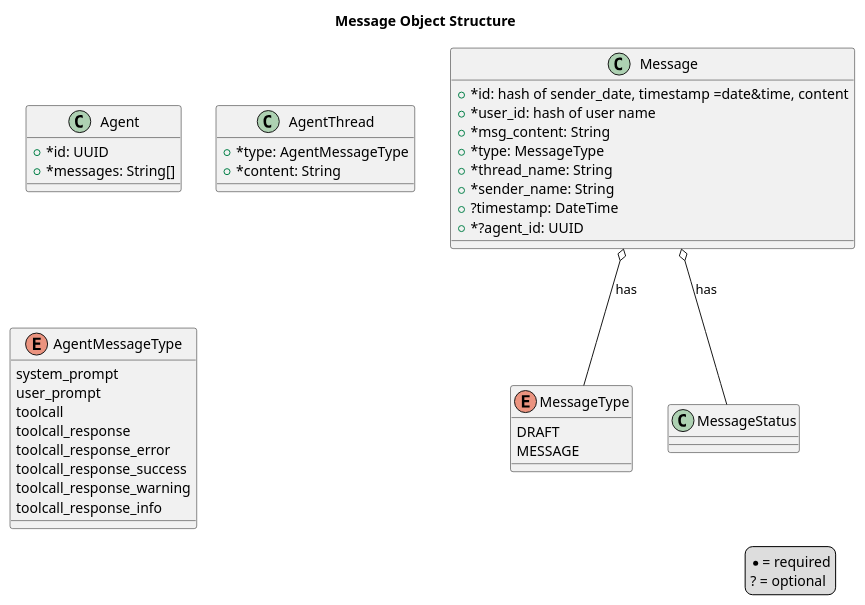
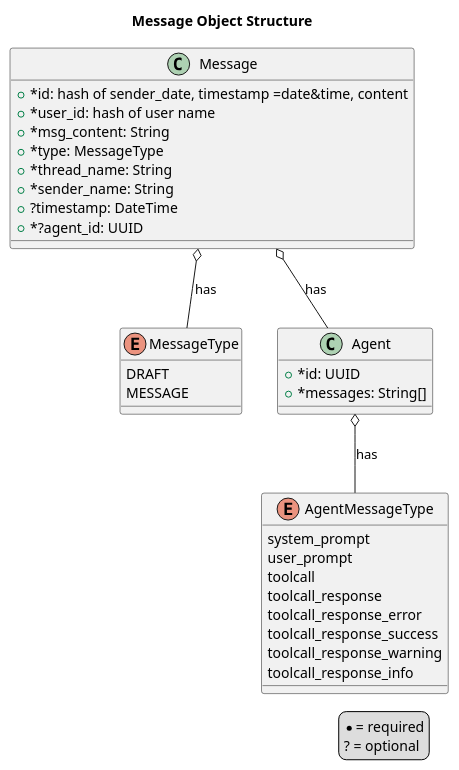
Before and after one commit to Itempass/mcphackathon-linkedin-intern: the diagram in documentation/UML_diagrams/message_class_diagram.puml, drawn with PlantUML. The commit also changed 4 other files, not shown here.

```diff
--- a/documentation/UML_diagrams/message_class_diagram.puml
+++ b/documentation/UML_diagrams/message_class_diagram.puml
@@ -1,49 +1,45 @@
 @startuml
 title Message Object Structure
 
 class Message {
   +*id: hash of sender_date, timestamp =date&time, content
   +*user_id: hash of user name
   +*msg_content: String
   +*type: MessageType
   +*thread_name: String
   +*sender_name: String
   +?timestamp: DateTime
   +*?agent_id: UUID
 }
 
 enum MessageType {
   DRAFT
   MESSAGE
 }
 
 class Agent {
   +*id: UUID
   +*messages: String[]
 }
 
-class AgentThread {
-  +*type: AgentMessageType
-  +*content: String
-}
-
 enum AgentMessageType {
   system_prompt
   user_prompt
   toolcall
   toolcall_response
   toolcall_response_error
   toolcall_response_success
   toolcall_response_warning
   toolcall_response_info
 }
 
 Message o-- MessageType : has
-Message o-- MessageStatus : has
+Message o-- Agent : has
+Agent o-- AgentMessageType : has
 
 legend right
   * = required
   ? = optional
 endlegend
 
 @enduml 
```
